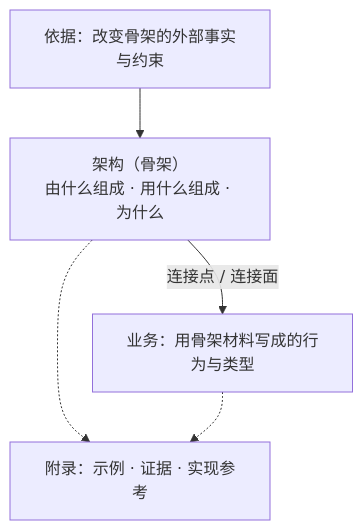
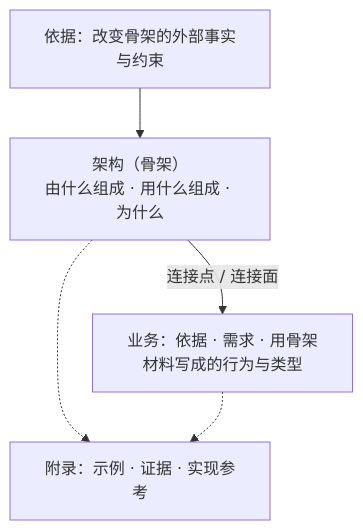
Before and after one commit to mouriya-s-lab/SSoT: the first of 2 diagrams in skills/software-design/SKILL.md, drawn with Mermaid. The commit also changed other lines of this file and 2 other files, not shown here.

````diff
--- a/skills/software-design/SKILL.md
+++ b/skills/software-design/SKILL.md
@@ -30,7 +32,7 @@
 ```mermaid
 flowchart TB
     G["依据：改变骨架的外部事实与约束"] --> A["架构（骨架）<br/>由什么组成 · 用什么组成 · 为什么"]
-    A -->|"连接点 / 连接面"| B["业务：用骨架材料写成的行为与类型"]
+    A -->|"连接点 / 连接面"| B["业务：依据 · 需求 · 用骨架材料写成的行为与类型"]
     A -.-> X["附录：示例 · 证据 · 实现参考"]
     B -.-> X
 ```
````
